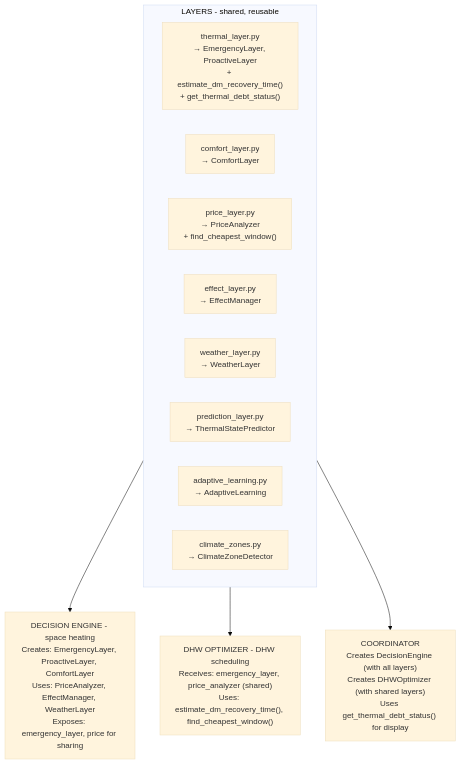
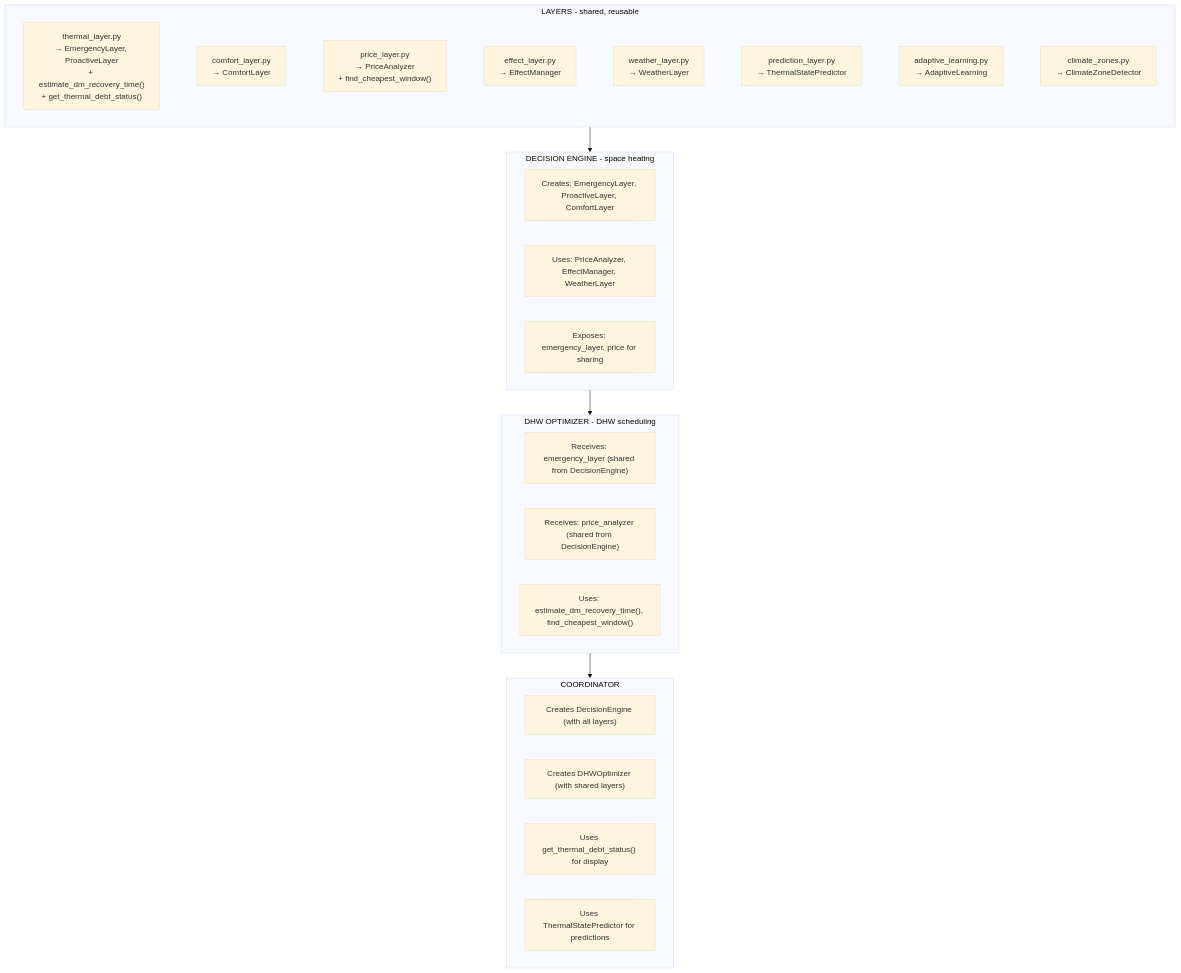
Before and after one commit to enoch85/EffektGuard: the diagram in docs/architecture/00_overview.md, drawn with Mermaid (base theme).

````diff
--- a/docs/architecture/00_overview.md
+++ b/docs/architecture/00_overview.md
@@ -55,24 +55,41 @@
 ```mermaid
 flowchart TB
     subgraph Layers["LAYERS - shared, reusable"]
         direction LR
         TL["thermal_layer.py<br/>→ EmergencyLayer, ProactiveLayer<br/>+ estimate_dm_recovery_time#40;#41;<br/>+ get_thermal_debt_status#40;#41;"]
         CL["comfort_layer.py<br/>→ ComfortLayer"]
         PrL["price_layer.py<br/>→ PriceAnalyzer<br/>+ find_cheapest_window#40;#41;"]
         EfL["effect_layer.py<br/>→ EffectManager"]
         WL["weather_layer.py<br/>→ WeatherLayer"]
         PredL["prediction_layer.py<br/>→ ThermalStatePredictor"]
         AL["adaptive_learning.py<br/>→ AdaptiveLearning"]
         CZ["climate_zones.py<br/>→ ClimateZoneDetector"]
+        
+        TL ~~~ CL ~~~ PrL ~~~ EfL ~~~ WL ~~~ PredL ~~~ AL ~~~ CZ
     end
 
     Layers --> DE
-    Layers --> DHW
-    Layers --> COORD
 
-    DE["DECISION ENGINE - space heating<br/>Creates: EmergencyLayer, ProactiveLayer, ComfortLayer<br/>Uses: PriceAnalyzer, EffectManager, WeatherLayer<br/>Exposes: emergency_layer, price for sharing"]
+    subgraph DE["DECISION ENGINE - space heating"]
+        DE1["Creates: EmergencyLayer, ProactiveLayer, ComfortLayer"]
+        DE2["Uses: PriceAnalyzer, EffectManager, WeatherLayer"]
+        DE3["Exposes: emergency_layer, price for sharing"]
+    end
 
-    DHW["DHW OPTIMIZER - DHW scheduling<br/>Receives: emergency_layer, price_analyzer #40;shared#41;<br/>Uses: estimate_dm_recovery_time#40;#41;, find_cheapest_window#40;#41;"]
+    DE --> DHW
 
-    COORD["COORDINATOR<br/>Creates DecisionEngine #40;with all layers#41;<br/>Creates DHWOptimizer #40;with shared layers#41;<br/>Uses get_thermal_debt_status#40;#41; for display"]
+    subgraph DHW["DHW OPTIMIZER - DHW scheduling"]
+        DHW1["Receives: emergency_layer #40;shared from DecisionEngine#41;"]
+        DHW2["Receives: price_analyzer #40;shared from DecisionEngine#41;"]
+        DHW3["Uses: estimate_dm_recovery_time#40;#41;, find_cheapest_window#40;#41;"]
+    end
+
+    DHW --> COORD
+
+    subgraph COORD["COORDINATOR"]
+        COORD1["Creates DecisionEngine #40;with all layers#41;"]
+        COORD2["Creates DHWOptimizer #40;with shared layers#41;"]
+        COORD3["Uses get_thermal_debt_status#40;#41; for display"]
+        COORD4["Uses ThermalStatePredictor for predictions"]
+    end
 ```
````
